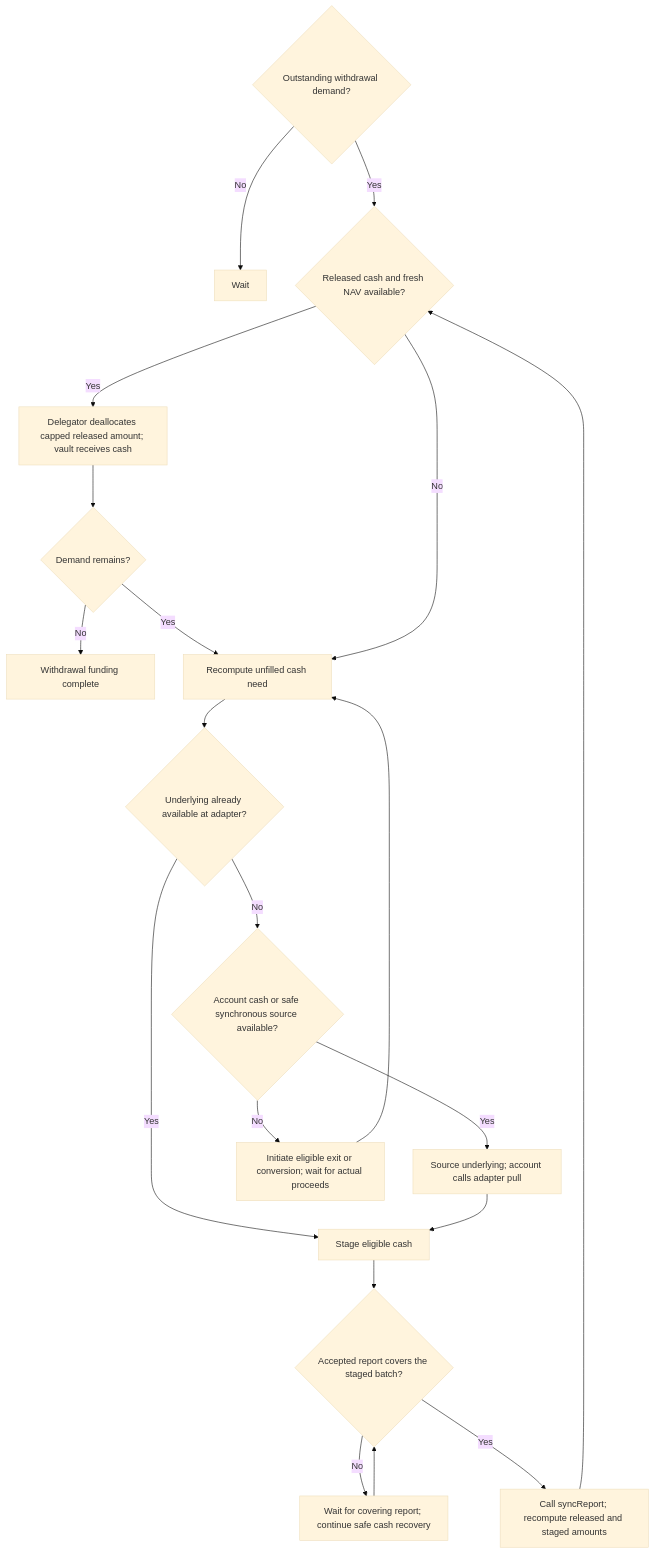
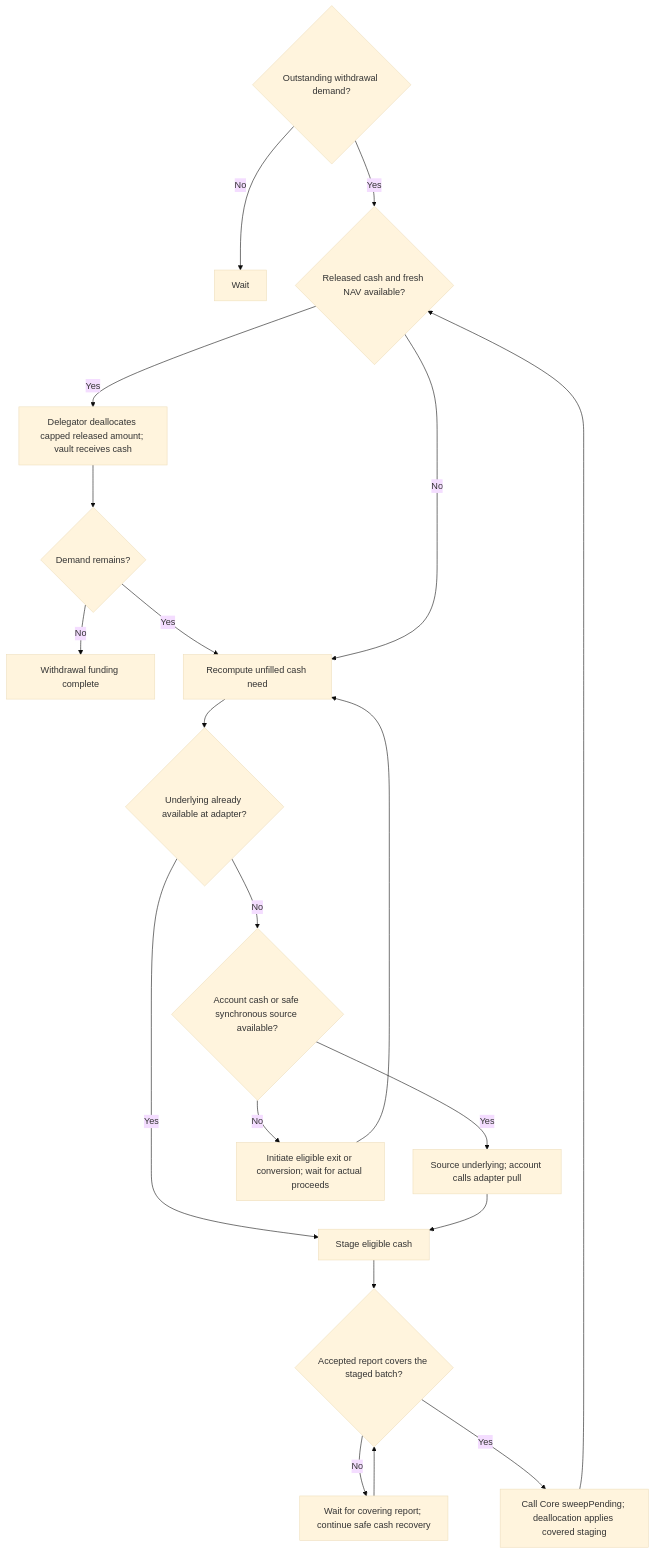
The second of 20 diagrams in docs/MERKLE-AUTOMATION-STRATEGIES.md (symbioticfi/adapters), drawn with Mermaid (base theme) before and after one commit. The commit also changed other lines of this file and 63 other files, not shown here.

````diff
--- a/docs/MERKLE-AUTOMATION-STRATEGIES.md
+++ b/docs/MERKLE-AUTOMATION-STRATEGIES.md
@@ -130,22 +130,22 @@
 ```mermaid
 flowchart TD
     A{"Outstanding withdrawal demand?"} -- No --> W["Wait"]
     A -- Yes --> B{"Released cash and fresh NAV available?"}
     B -- Yes --> C["Delegator deallocates capped released amount; vault receives cash"]
     C --> D{"Demand remains?"}
     D -- No --> Z["Withdrawal funding complete"]
     D -- Yes --> E["Recompute unfilled cash need"]
     B -- No --> E
     E --> F{"Underlying already available at adapter?"}
     F -- Yes --> G["Stage eligible cash"]
     F -- No --> H{"Account cash or safe synchronous source available?"}
     H -- Yes --> I["Source underlying; account calls adapter pull"]
     I --> G
     H -- No --> J["Initiate eligible exit or conversion; wait for actual proceeds"]
     J --> E
     G --> K{"Accepted report covers the staged batch?"}
     K -- No --> R["Wait for covering report; continue safe cash recovery"]
     R --> K
-    K -- Yes --> S["Call syncReport; recompute released and staged amounts"]
+    K -- Yes --> S["Call Core sweepPending; deallocation applies covered staging"]
     S --> B
 ```
````
